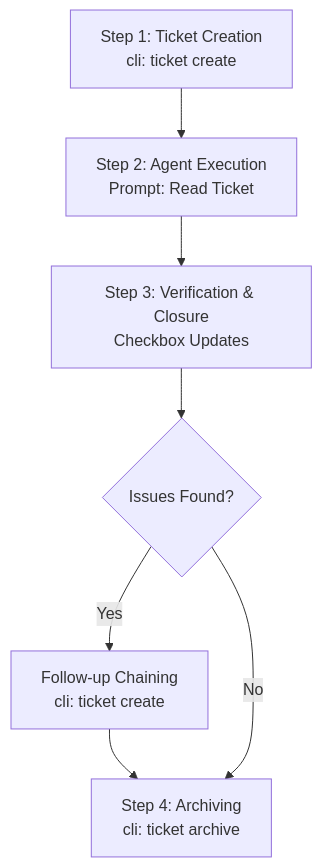
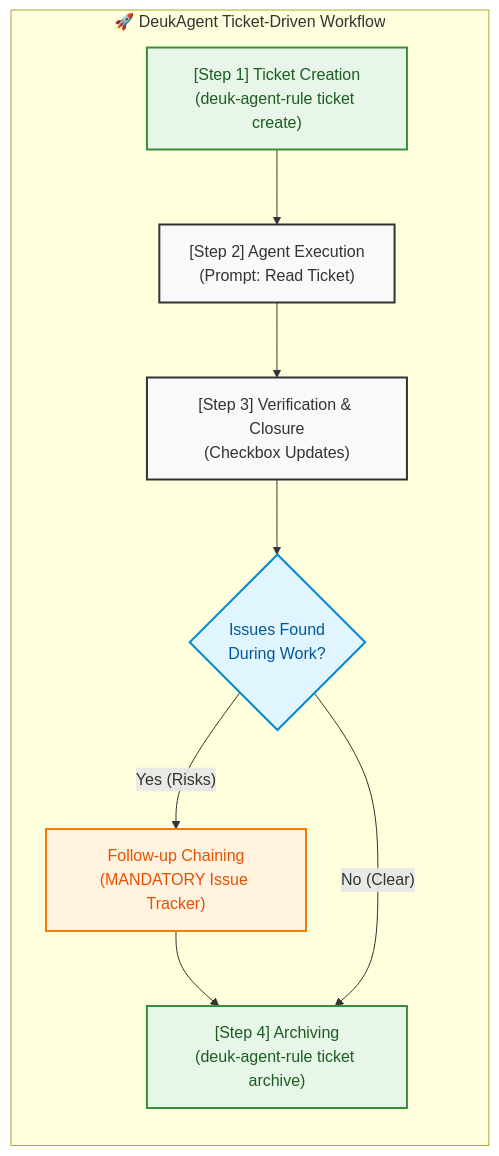
The diagram in README.ko.md (joygram/DeukAgentRules), drawn with Mermaid before and after one commit. The commit also changed other lines of this file and 5 other files, not shown here.

First line of the commit message:
docs: upgrade workflow diagram and add migration troubleshooting guide

````diff
--- a/README.ko.md
+++ b/README.ko.md
@@ -79,9 +87,19 @@
 ```mermaid
-graph TD
-    A[Step 1: Ticket Creation<br/>cli: ticket create] --> B[Step 2: Agent Execution<br/>Prompt: Read Ticket]
-    B --> C[Step 3: Verification & Closure<br/>Checkbox Updates]
-    C --> D{Issues Found?}
-    D -- Yes --> E[Follow-up Chaining<br/>cli: ticket create]
-    E --> F[Step 4: Archiving<br/>cli: ticket archive]
-    D -- No --> F
+flowchart TD
+    classDef phase fill:#f9f9f9,stroke:#333,stroke-width:2px,color:#333;
+    classDef decision fill:#e1f5fe,stroke:#0288d1,stroke-width:2px,color:#01579b;
+    classDef action fill:#e8f5e9,stroke:#388e3c,stroke-width:2px,color:#1b5e20;
+    classDef highlight fill:#fff3e0,stroke:#f57c00,stroke-width:2px,color:#e65100;
+
+    subgraph TDD["🚀 DeukAgent Ticket-Driven Workflow"]
+        direction TB
+        A["[Step 1] Ticket Creation<br/>(deuk-agent-rule ticket create)"]:::action --> B["[Step 2] Agent Execution<br/>(Prompt: Read Ticket)"]:::phase
+        B --> C["[Step 3] Verification & Closure<br/>(Checkbox Updates)"]:::phase
+        
+        C --> D{"Issues Found<br/>During Work?"}:::decision
+        
+        D -- "Yes (Risks)" --> E["Follow-up Chaining<br/>(MANDATORY Issue Tracker)"]:::highlight
+        E --> F["[Step 4] Archiving<br/>(deuk-agent-rule ticket archive)"]:::action
+        D -- "No (Clear)" --> F
+    end
 ```
````
